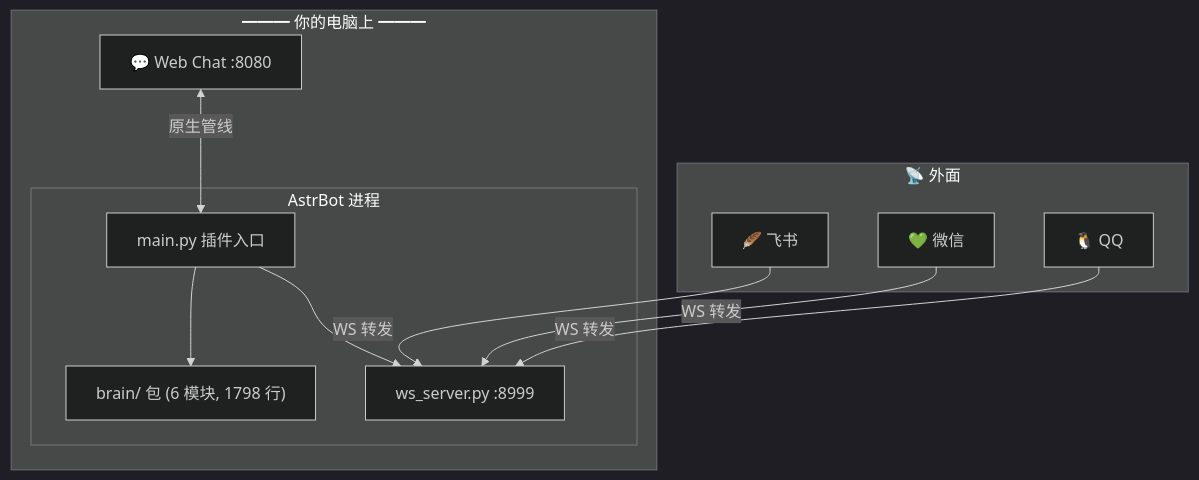
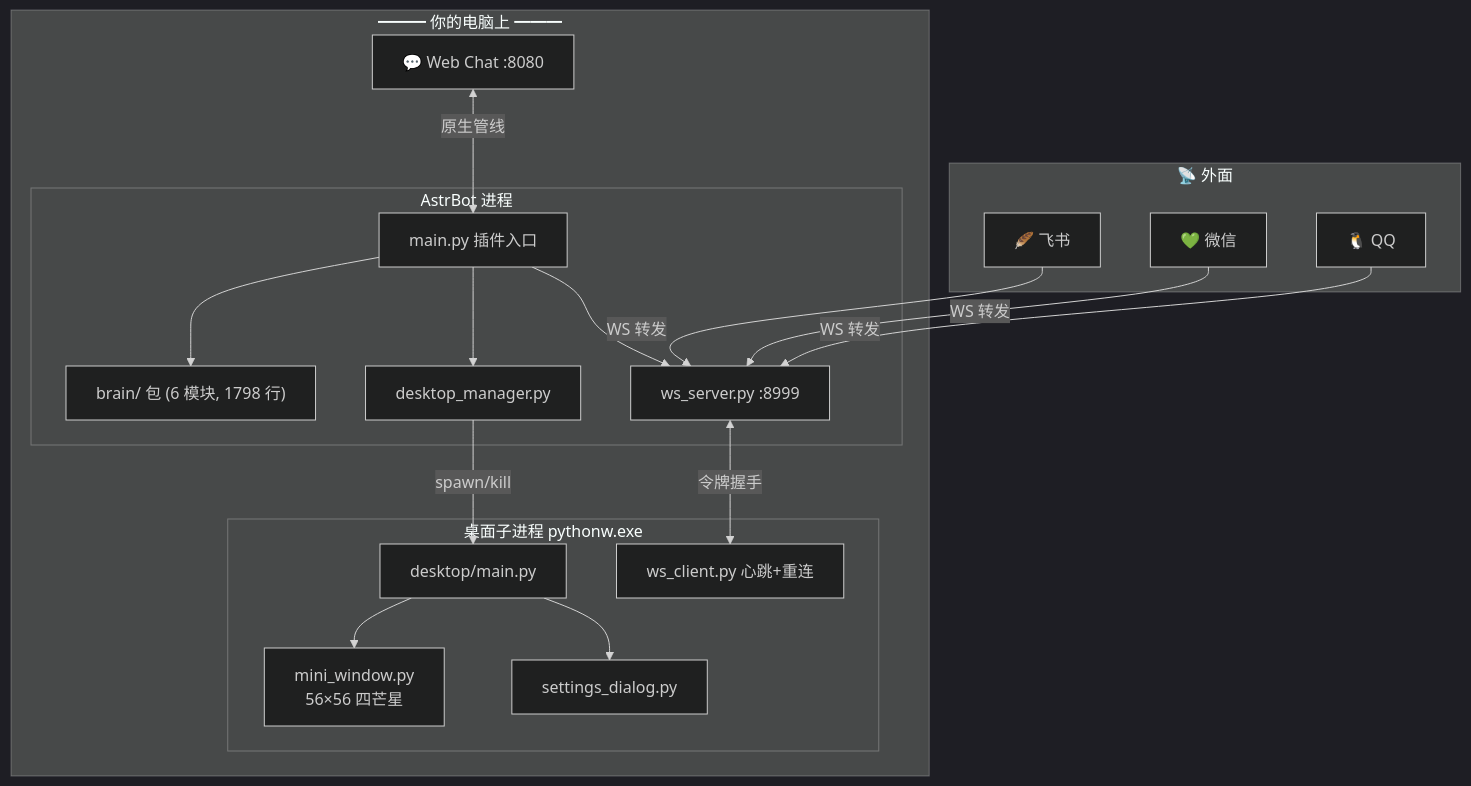
The second of 2 diagrams in README.md (yuanchu114514-spec/nexus-brain), drawn with Mermaid (dark theme) before and after one commit. The commit also changed other lines of this file, not shown here.

````diff
--- a/README.md
+++ b/README.md
@@ -60,26 +67,40 @@
 ```mermaid
 flowchart TB
     subgraph HubBox["━━━ 你的电脑上 ━━━"]
         subgraph AstrBot["AstrBot 进程"]
             Main["main.py 插件入口"]
             BrainPkg["brain/ 包 (6 模块, 1798 行)"]
             WSSrv["ws_server.py :8999"]
+            DeskMgr["desktop_manager.py"]
+        end
+
+        subgraph PyQt5["桌面子进程 pythonw.exe"]
+            DeskMain["desktop/main.py"]
+            MiniWin["mini_window.py<br/>56×56 四芒星"]
+            SettingsDlg["settings_dialog.py"]
+            WSClient["ws_client.py 心跳+重连"]
         end
 
         WebChat["💬 Web Chat :8080"]
     end
 
     subgraph Outside["📡 外面"]
         QPlatform["🐧 QQ"]
         WPlatform["💚 微信"]
         FPlatform["🪶 飞书"]
     end
 
     WebChat <-->|"原生管线"| Main
     QPlatform -->|"WS 转发"| WSSrv
     WPlatform -->|"WS 转发"| WSSrv
     FPlatform -->|"WS 转发"| WSSrv
 
     Main --> BrainPkg
     Main --> WSSrv
+    Main --> DeskMgr
+
+    WSSrv <-->|"令牌握手"| WSClient
+    DeskMgr -->|"spawn/kill"| DeskMain
+    DeskMain --> MiniWin
+    DeskMain --> SettingsDlg
 ```
````
